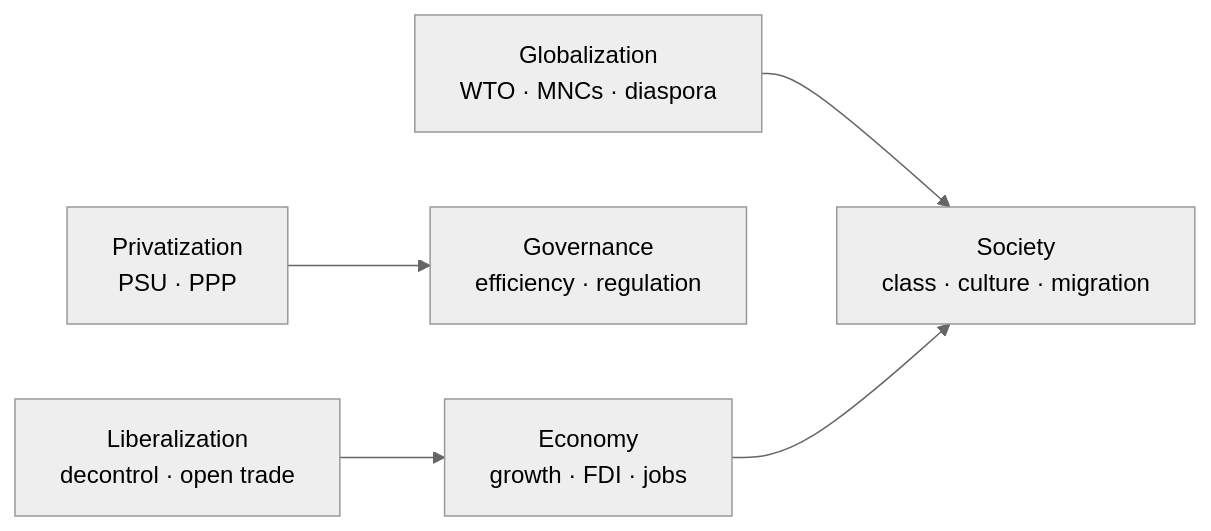
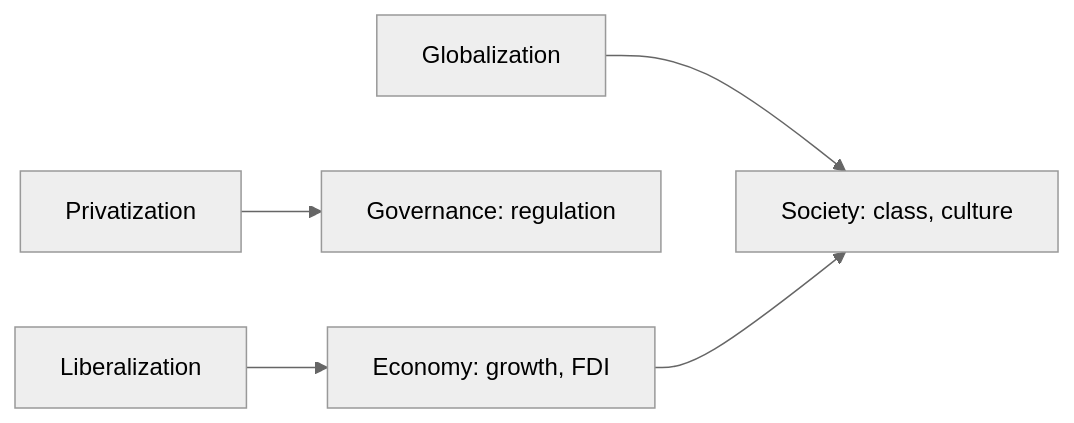
The diagram in mains-pyqs/GS-1/08_LPG_Globalization/01_LPG_Effects_India.md (nitishpratap/UP-PCS), drawn with Mermaid (neutral theme) before and after one commit. The commit also changed other lines of this file and 97 other files, not shown here.

````diff
--- a/mains-pyqs/GS-1/08_LPG_Globalization/01_LPG_Effects_India.md
+++ b/mains-pyqs/GS-1/08_LPG_Globalization/01_LPG_Effects_India.md
@@ -98,7 +87,7 @@
 ```mermaid
 flowchart LR
-  L[Liberalization<br/>decontrol · open trade] --> E[Economy<br/>growth · FDI · jobs]
-  P[Privatization<br/>PSU · PPP] --> G[Governance<br/>efficiency · regulation]
-  G2[Globalization<br/>WTO · MNCs · diaspora] --> S[Society<br/>class · culture · migration]
+  L[Liberalization] --> E[Economy: growth, FDI]
+  P[Privatization] --> G[Governance: regulation]
+  G2[Globalization] --> S[Society: class, culture]
   E --> S
 ```
````
